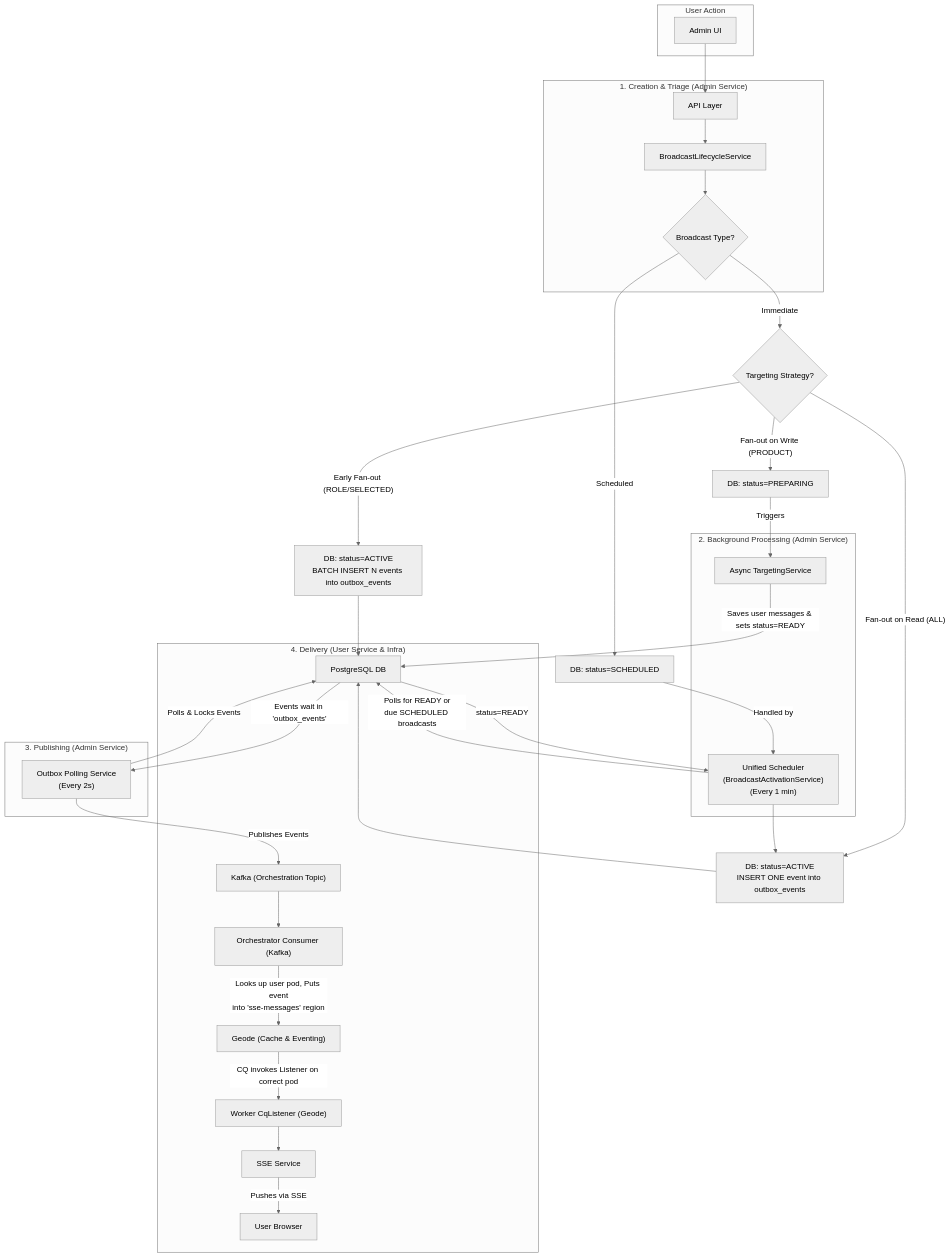
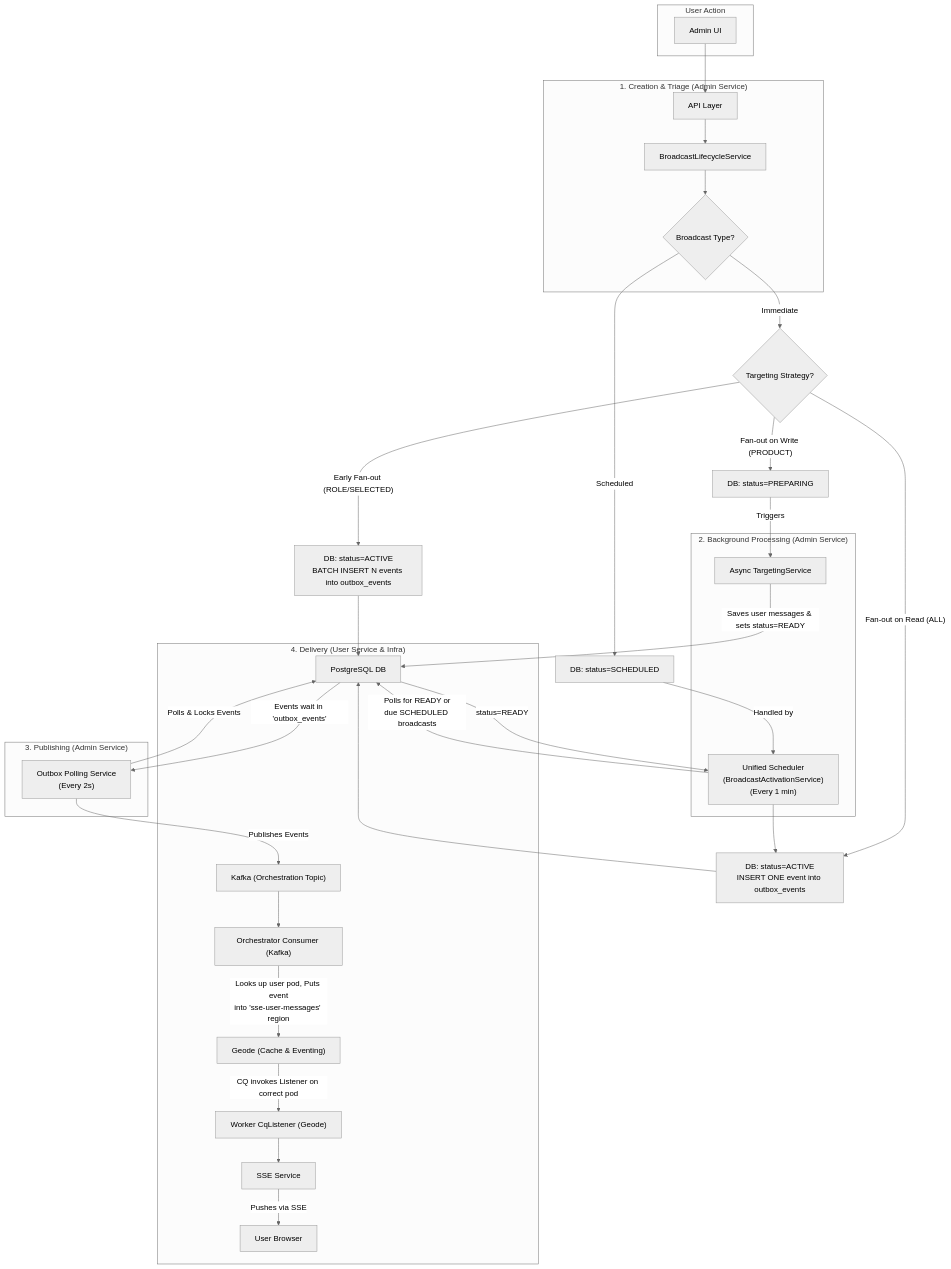
The diagram in MermaidDiagrams/graph-overall-flow-complex.mmd (rsrini7/Notification-SSE-GLM-Flux), drawn with Mermaid (neutral theme) before and after one commit. The commit also changed 15 other files, not shown here.

First line of the commit message:
feat(broadcast): split sse-messages into user-specific and all-users regions

```diff
--- a/MermaidDiagrams/graph-overall-flow-complex.mmd
+++ b/MermaidDiagrams/graph-overall-flow-complex.mmd
@@ -1,69 +1,69 @@
 graph TD
     subgraph "User Action"
         AdminUI[Admin UI]
     end
 
     subgraph "1. Creation & Triage (Admin Service)"
         AdminAPI["API Layer"]
         LifecycleSvc["BroadcastLifecycleService"]
         CreationTriage{"Broadcast Type?"}
     end
 
     %% MODIFIED: Schedulers are now represented as one unified service
     subgraph "2. Background Processing (Admin Service)"
         UnifiedScheduler["Unified Scheduler<br/>(BroadcastActivationService)<br/>(Every 1 min)"]
         AsyncPrecomputation["Async TargetingService"]
     end
     
     subgraph "3. Publishing (Admin Service)"
         OutboxPoller["Outbox Polling Service<br/>(Every 2s)"]
     end
 
     subgraph "4. Delivery (User Service & Infra)"
         OrchestratorConsumer["Orchestrator Consumer (Kafka)"]
         WorkerCqListener["Worker CqListener (Geode)"]
         SseService["SSE Service"]
         Kafka["Kafka (Orchestration Topic)"]
         Geode["Geode (Cache & Eventing)"]
         Postgres["PostgreSQL DB"]
         User[User Browser]
     end
     
     %% --- FLOW START ---
     AdminUI --> AdminAPI --> LifecycleSvc --> CreationTriage
 
     %% --- PATH A: IMMEDIATE BROADCASTS ---
     CreationTriage -- "Immediate" --> ImmediateType{"Targeting Strategy?"}
     %% MODIFIED: ROLE and SELECTED now follow the same early fan-out path
     ImmediateType -- "Early Fan-out (ROLE/SELECTED)" --> SaveActiveAndOutboxBatch["DB: status=ACTIVE<br/>BATCH INSERT N events into outbox_events"]
     ImmediateType -- "Fan-out on Read (ALL)" --> SaveActiveAndOutboxSingle["DB: status=ACTIVE<br/>INSERT ONE event into outbox_events"]
     ImmediateType -- "Fan-out on Write (PRODUCT)" --> SavePreparing["DB: status=PREPARING"]
     
     SavePreparing -- "Triggers" --> AsyncPrecomputation
 
     %% --- PATH B: SCHEDULED BROADCASTS ---
     CreationTriage -- "Scheduled" --> SaveScheduled["DB: status=SCHEDULED"]
     SaveScheduled -- "Handled by" --> UnifiedScheduler
     
     %% --- PRECOMPUTATION & ACTIVATION FLOW ---
     %% MODIFIED: Description now reflects writing to user_broadcast_messages
     AsyncPrecomputation -- "Saves user messages & sets status=READY" --> Postgres
     Postgres -- "status=READY" --> UnifiedScheduler
     
     UnifiedScheduler -- "Polls for READY or<br/>due SCHEDULED broadcasts" --> Postgres
     UnifiedScheduler --> SaveActiveAndOutboxSingle
     
     %% --- CONVERGENCE & PUBLISHING ---
     SaveActiveAndOutboxSingle --> Postgres
     SaveActiveAndOutboxBatch --> Postgres
     Postgres -- "Events wait in 'outbox_events'" --> OutboxPoller
     OutboxPoller -- "Polls & Locks Events" --> Postgres
     OutboxPoller -- "Publishes Events" --> Kafka
 
     %% --- DELIVERY (Real-time Push Path) ---
     Kafka --> OrchestratorConsumer
     %% MODIFIED: Description of Geode interaction is now more specific
-    OrchestratorConsumer -- "Looks up user pod, Puts event<br/>into 'sse-messages' region" --> Geode
+    OrchestratorConsumer -- "Looks up user pod, Puts event<br/>into 'sse-user-messages' region" --> Geode
     Geode -- "CQ invokes Listener on correct pod" --> WorkerCqListener
     WorkerCqListener --> SseService
     SseService -- "Pushes via SSE" --> User
```
